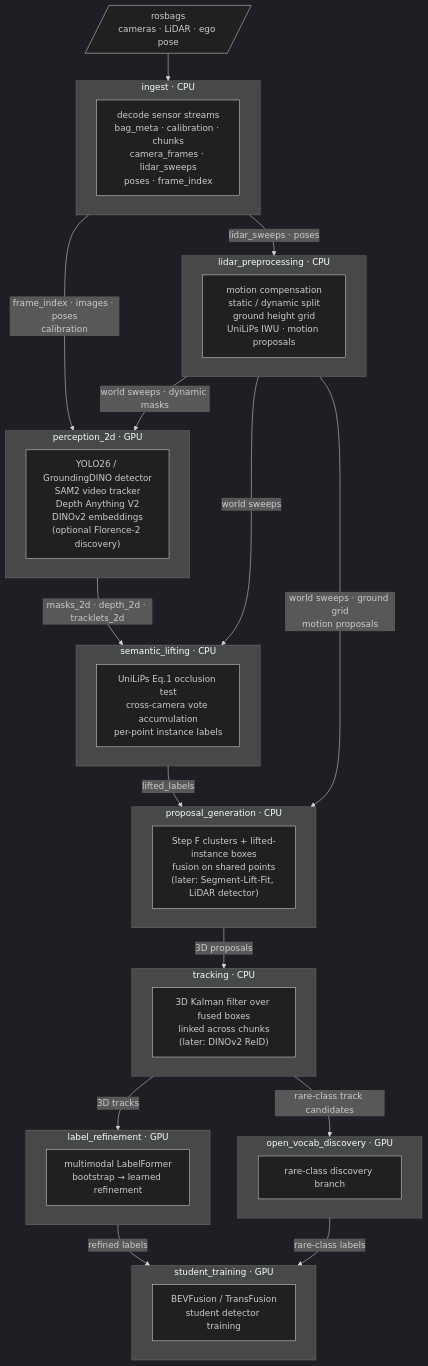
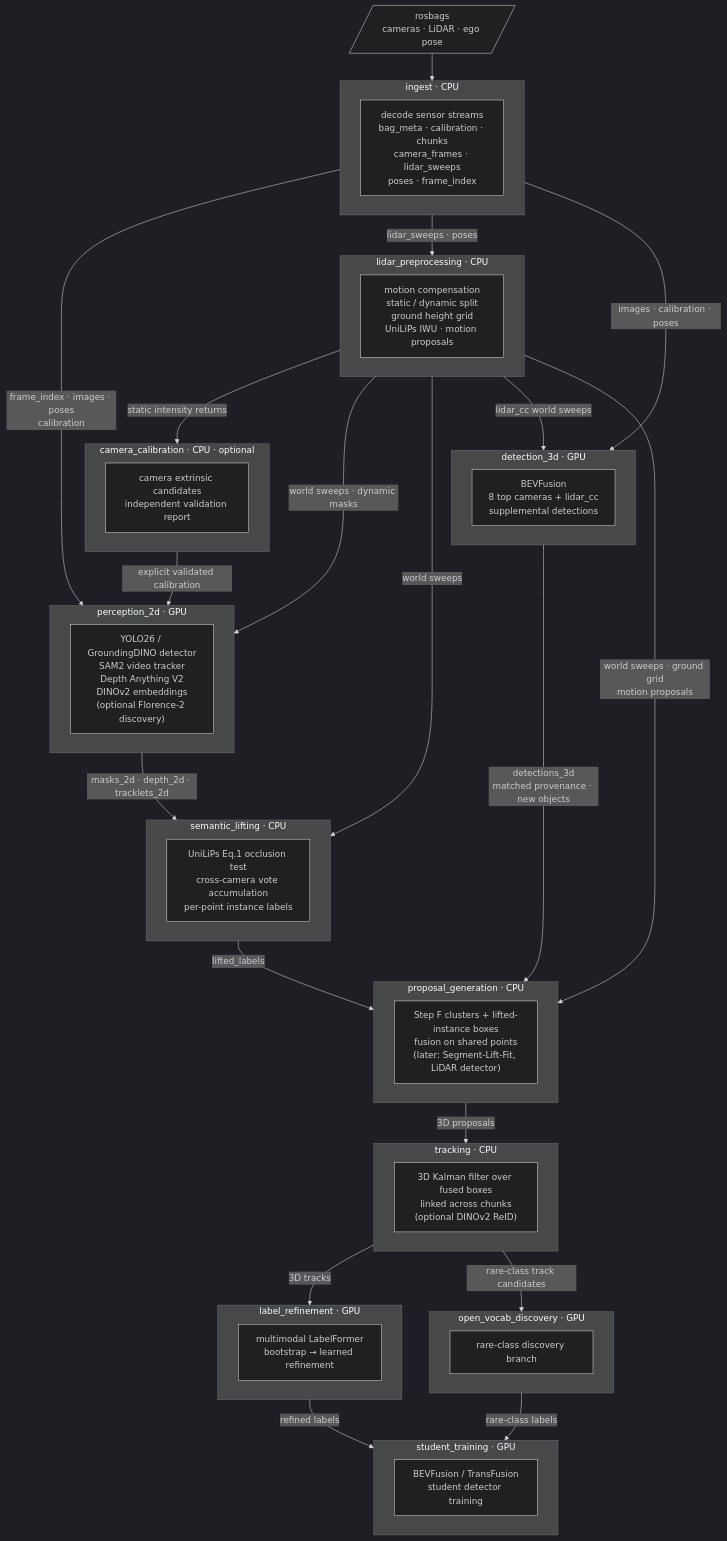
One commit to WATonomous/wato_world changed the diagram in README.md. Above: the diagram before and after it, drawn with Mermaid (dark theme). The commit also changed other lines of this file and 3 other files, not shown here.

First line of the commit message:
docs: CLAUDE.md / README for camera_calibration, 8-camera WATO, appearance ReID

````diff
--- a/README.md
+++ b/README.md
@@ -10,54 +16,67 @@
 ```mermaid
 flowchart TD
     BAG[/"rosbags\ncameras · LiDAR · ego pose"/]
 
     subgraph ingest["ingest  ·  CPU"]
         I["decode sensor streams\nbag_meta · calibration · chunks\ncamera_frames · lidar_sweeps\nposes · frame_index"]
     end
 
     subgraph lidar_prep["lidar_preprocessing  ·  CPU"]
         LP["motion compensation\nstatic / dynamic split\nground height grid\nUniLiPs IWU · motion proposals"]
     end
 
+    subgraph camera_calibration["camera_calibration  ·  CPU · optional"]
+        CC["camera extrinsic candidates\nindependent validation report"]
+    end
+
     subgraph perception_2d["perception_2d  ·  GPU"]
         P2["YOLO26 / GroundingDINO detector\nSAM2 video tracker\nDepth Anything V2\nDINOv2 embeddings\n(optional Florence-2 discovery)"]
     end
 
     subgraph semantic_lifting["semantic_lifting  ·  CPU"]
         SL["UniLiPs Eq.1 occlusion test\ncross-camera vote accumulation\nper-point instance labels"]
     end
 
+    subgraph detection_3d["detection_3d  ·  GPU"]
+        DET["BEVFusion\n8 top cameras + lidar_cc\nsupplemental detections"]
+    end
+
     subgraph proposal_gen["proposal_generation  ·  CPU"]
         PG["Step F clusters + lifted-instance boxes\nfusion on shared points\n(later: Segment-Lift-Fit, LiDAR detector)"]
     end
 
     subgraph tracking["tracking  ·  CPU"]
-        TR["3D Kalman filter over fused boxes\nlinked across chunks\n(later: DINOv2 ReID)"]
+        TR["3D Kalman filter over fused boxes\nlinked across chunks\n(optional DINOv2 ReID)"]
     end
 
     subgraph label_ref["label_refinement  ·  GPU"]
         LR["multimodal LabelFormer\nbootstrap → learned refinement"]
     end
 
     subgraph ovd["open_vocab_discovery  ·  GPU"]
         OV["rare-class discovery branch"]
     end
 
     subgraph student["student_training  ·  GPU"]
         ST["BEVFusion / TransFusion\nstudent detector training"]
     end
 
     BAG --> ingest
     ingest -- "frame_index · images · poses\ncalibration" --> perception_2d
     ingest -- "lidar_sweeps · poses" --> lidar_prep
+    lidar_prep -- "static intensity returns" --> camera_calibration
+    camera_calibration -- "explicit validated calibration" --> perception_2d
     lidar_prep -- "world sweeps · dynamic masks" --> perception_2d
     lidar_prep -- "world sweeps" --> semantic_lifting
+    ingest -- "images · calibration · poses" --> detection_3d
+    lidar_prep -- "lidar_cc world sweeps" --> detection_3d
     perception_2d -- "masks_2d · depth_2d · tracklets_2d" --> semantic_lifting
     semantic_lifting -- "lifted_labels" --> proposal_gen
     lidar_prep -- "world sweeps · ground grid\nmotion proposals" --> proposal_gen
+    detection_3d -- "detections_3d\nmatched provenance · new objects" --> proposal_gen
     proposal_gen -- "3D proposals" --> tracking
     tracking -- "3D tracks" --> label_ref
     tracking -- "rare-class track candidates" --> ovd
     label_ref -- "refined labels" --> student
     ovd -- "rare-class labels" --> student
 ```
````
